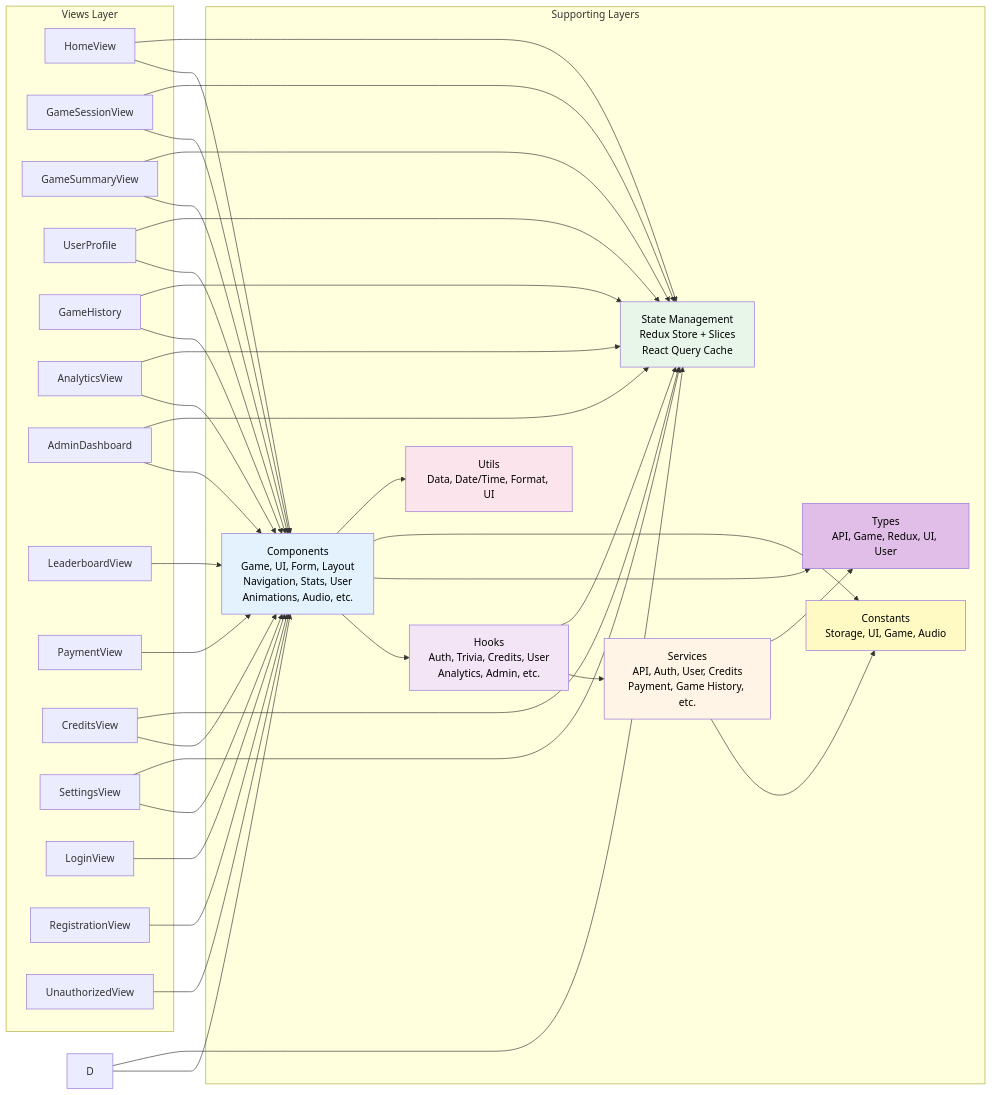
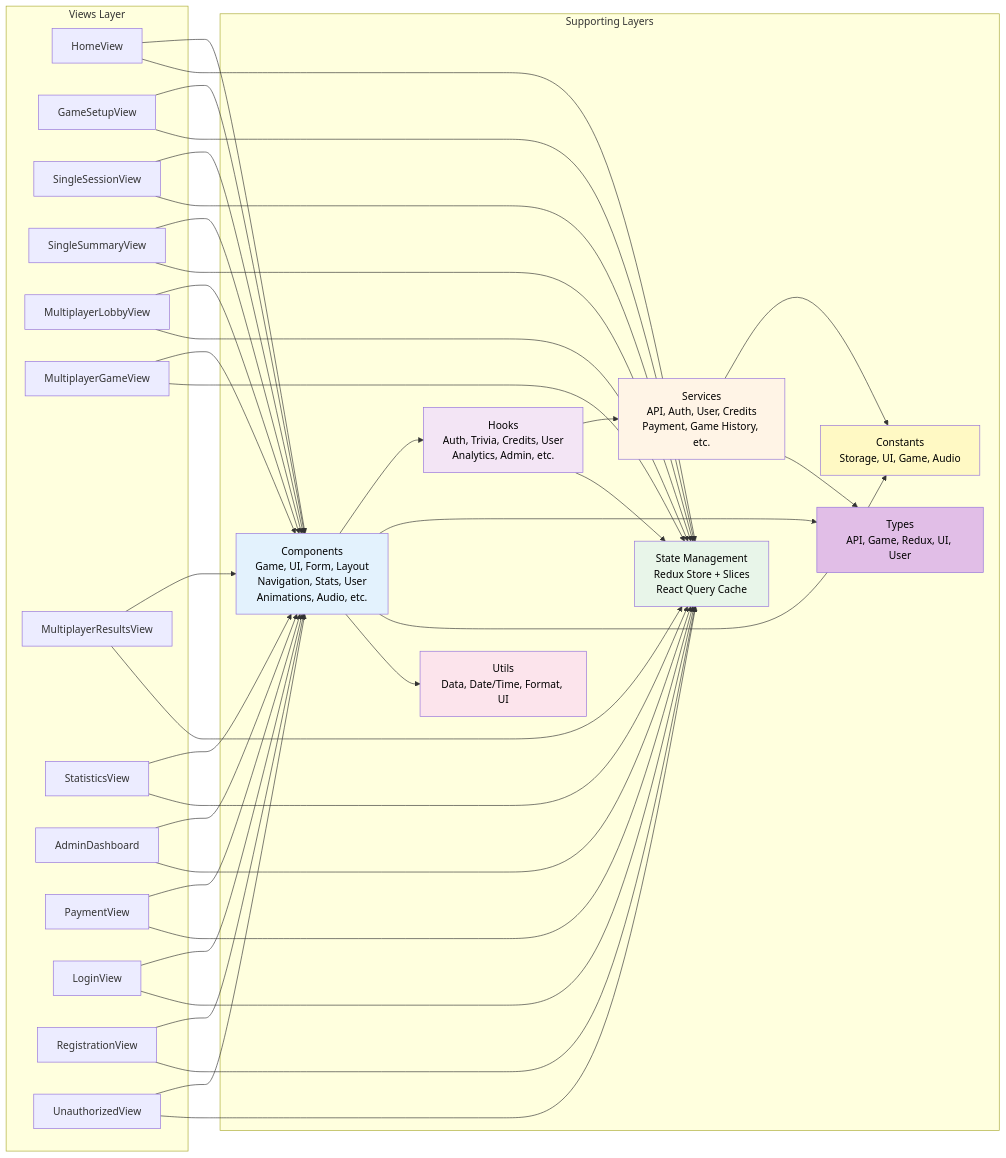
The seventh of 31 diagrams in docs/DIAGRAMS.md (IsraelRub/EveryTriv), drawn with Mermaid before and after one commit. The commit also changed other lines of this file and 148 other files, not shown here.

First line of the commit message:
feat: email-gated profile, game text gate, session/multiplayer flows, Newman sync

````diff
--- a/docs/DIAGRAMS.md
+++ b/docs/DIAGRAMS.md
@@ -582,73 +530,73 @@
 ```mermaid
 graph LR
     subgraph "Views Layer"
         A[HomeView]
-        B[GameSessionView]
-        C[GameSummaryView]
-        E[UserProfile]
-        F[GameHistory]
-        G[AnalyticsView]
-        H[AdminDashboard]
-        I[LeaderboardView]
+        B[GameSetupView]
+        C[SingleSessionView]
+        D[SingleSummaryView]
+        E[MultiplayerLobbyView]
+        F[MultiplayerGameView]
+        G[MultiplayerResultsView]
+        H[StatisticsView]
+        I[AdminDashboard]
         J[PaymentView]
-        K[CreditsView]
-        L[SettingsView]
-        M[LoginView]
-        N[RegistrationView]
-        O[UnauthorizedView]
+        K[LoginView]
+        L[RegistrationView]
+        M[UnauthorizedView]
     end
 
     subgraph "Supporting Layers"
         COMP[Components<br/>Game, UI, Form, Layout<br/>Navigation, Stats, User<br/>Animations, Audio, etc.]
         STATE[State Management<br/>Redux Store + Slices<br/>React Query Cache]
         SERV[Services<br/>API, Auth, User, Credits<br/>Payment, Game History, etc.]
         HOOKS[Hooks<br/>Auth, Trivia, Credits, User<br/>Analytics, Admin, etc.]
         CONST[Constants<br/>Storage, UI, Game, Audio]
         TYPES[Types<br/>API, Game, Redux, UI, User]
         UTILS[Utils<br/>Data, Date/Time, Format, UI]
     end
 
     A --> COMP
     B --> COMP
     C --> COMP
     D --> COMP
     E --> COMP
     F --> COMP
     G --> COMP
     H --> COMP
     I --> COMP
     J --> COMP
     K --> COMP
     L --> COMP
     M --> COMP
-    N --> COMP
-    O --> COMP
 
     A --> STATE
     B --> STATE
     C --> STATE
     D --> STATE
     E --> STATE
     F --> STATE
     G --> STATE
     H --> STATE
+    I --> STATE
+    J --> STATE
     K --> STATE
     L --> STATE
+    M --> STATE
 
     COMP --> HOOKS
     HOOKS --> SERV
     HOOKS --> STATE
     SERV --> CONST
     SERV --> TYPES
     COMP --> TYPES
     COMP --> CONST
     COMP --> UTILS
 
     style COMP fill:#e3f2fd,color:#000000
     style STATE fill:#e8f5e9,color:#000000
     style SERV fill:#fff4e6,color:#000000
     style HOOKS fill:#f3e5f5,color:#000000
     style CONST fill:#fff9c4,color:#000000
     style TYPES fill:#e1bee7,color:#000000
     style UTILS fill:#fce4ec,color:#000000
 ```
````
